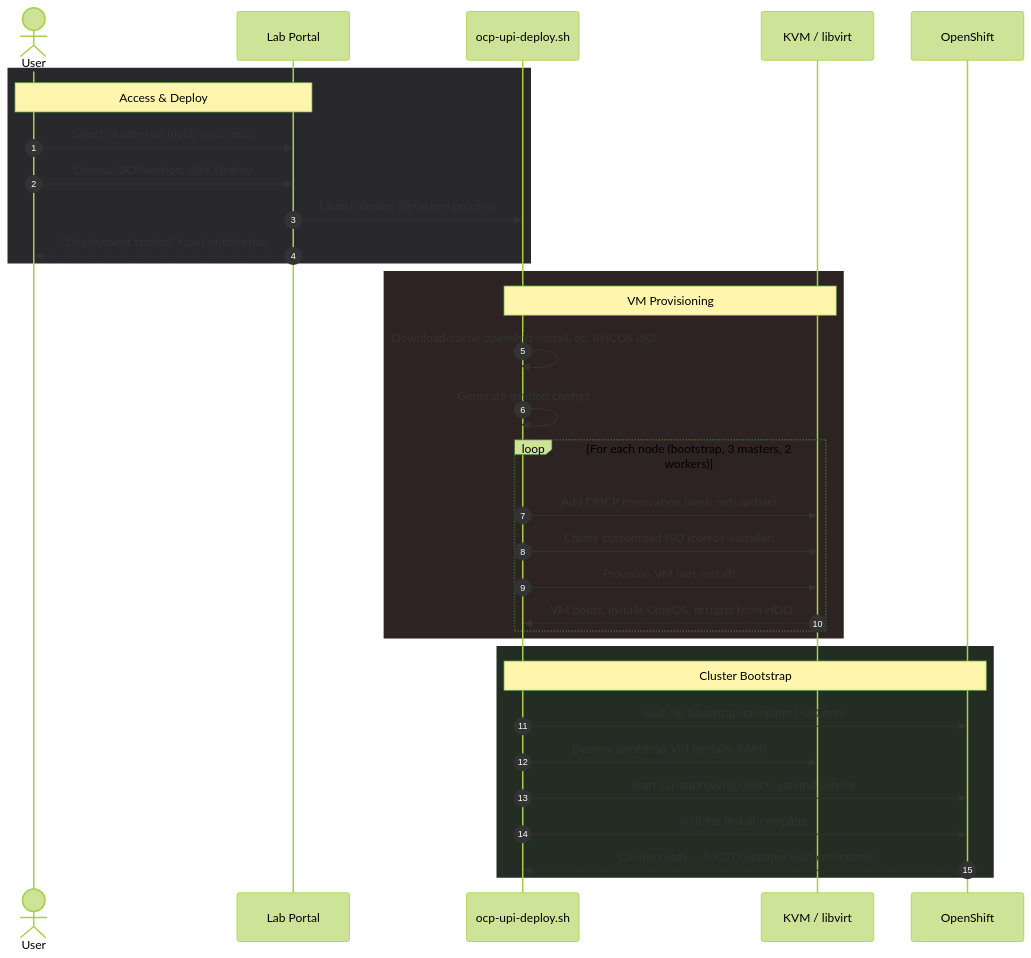
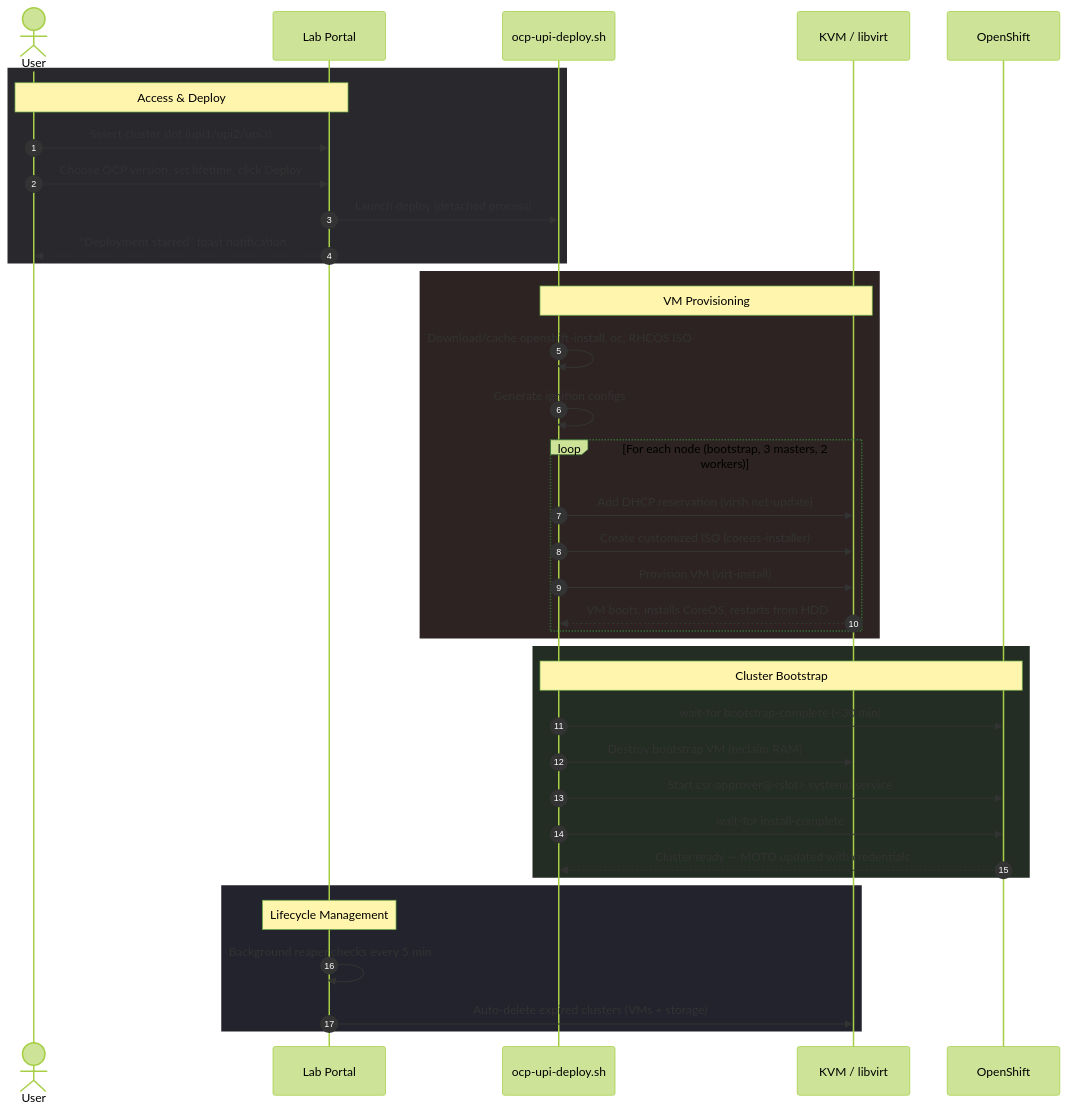
One commit to pkhedeka/labs changed the diagram in README.md. Above: the diagram before and after it, drawn with Mermaid (forest theme). The commit also changed other lines of this file and 6 other files, not shown here.

First line of the commit message:
feat: cluster lifecycle management with auto-delete

````diff
--- a/README.md
+++ b/README.md
@@ -50,38 +50,44 @@
 ```mermaid
 sequenceDiagram
     autonumber
     actor User
     participant Portal as Lab Portal
     participant Script as ocp-upi-deploy.sh
     participant Libvirt as KVM / libvirt
     participant OCP as OpenShift
 
     rect rgb(40, 40, 45)
     Note over User,Portal: Access & Deploy
     User->>Portal: Select cluster slot (upi1/upi2/upi3)
-    User->>Portal: Choose OCP version, click Deploy
+    User->>Portal: Choose OCP version, set lifetime, click Deploy
     Portal->>Script: Launch deploy (detached process)
     Portal-->>User: "Deployment started" toast notification
     end
 
     rect rgb(45, 35, 35)
     Note over Script,Libvirt: VM Provisioning
     Script->>Script: Download/cache openshift-install, oc, RHCOS ISO
     Script->>Script: Generate ignition configs
     loop For each node (bootstrap, 3 masters, 2 workers)
         Script->>Libvirt: Add DHCP reservation (virsh net-update)
         Script->>Libvirt: Create customized ISO (coreos-installer)
         Script->>Libvirt: Provision VM (virt-install)
         Libvirt-->>Script: VM boots, installs CoreOS, restarts from HDD
     end
     end
 
     rect rgb(35, 45, 35)
     Note over Script,OCP: Cluster Bootstrap
     Script->>OCP: wait-for bootstrap-complete (~30 min)
     Script->>Libvirt: Destroy bootstrap VM (reclaim RAM)
     Script->>OCP: Start csr-approver@<slot> systemd service
     Script->>OCP: wait-for install-complete
     OCP-->>Script: Cluster ready — MOTD updated with credentials
     end
+
+    rect rgb(35, 35, 45)
+    Note over Portal: Lifecycle Management
+    Portal->>Portal: Background reaper checks every 5 min
+    Portal->>Libvirt: Auto-delete expired clusters (VMs + storage)
+    end
 ```
````
